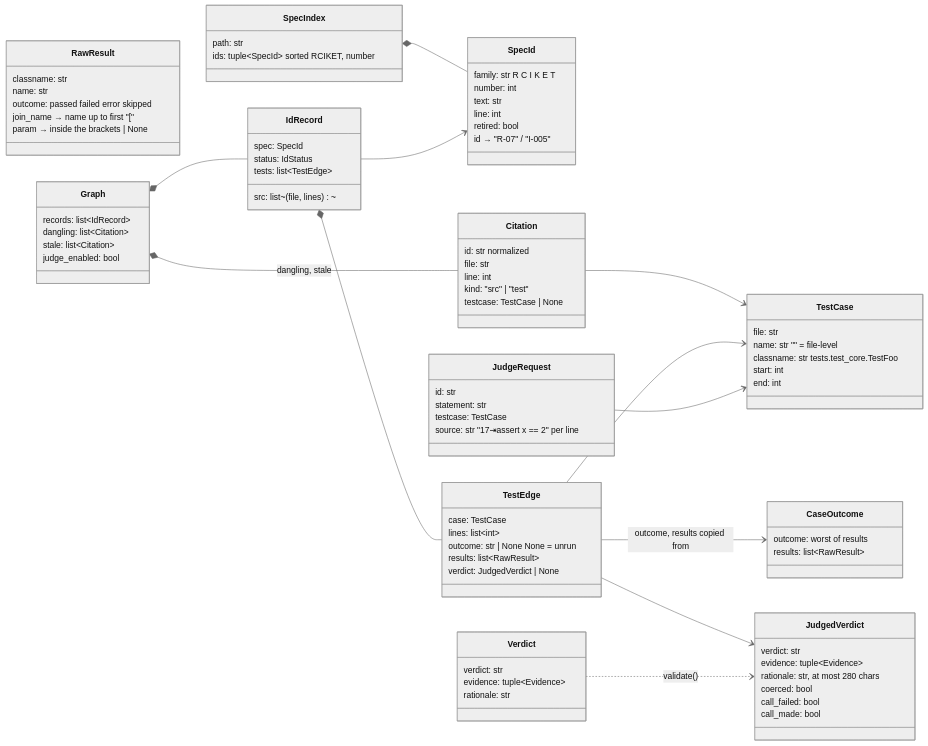
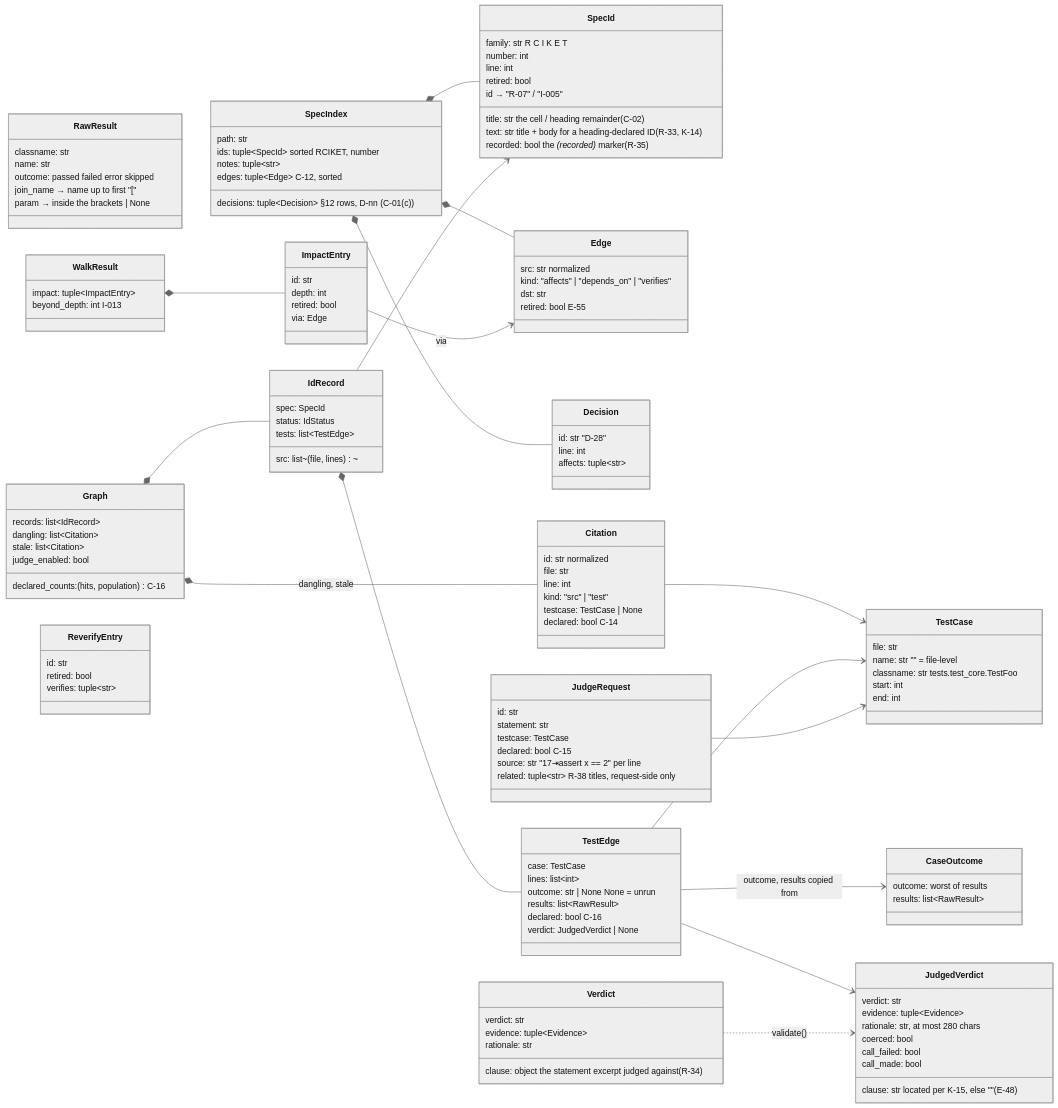
One commit to rioffe/speccheck changed the fifth of 12 diagrams in ARCHITECTURE.md. Above: the diagram before and after it, drawn with Mermaid (neutral theme). The commit also changed other lines of this file and 3 other files, not shown here.

First line of the commit message:
docs(architecture): rewrite ARCHITECTURE.md to the v1.18 build, and fix two defects the render showed (F-5)

````diff
--- a/ARCHITECTURE.md
+++ b/ARCHITECTURE.md
@@ -193,14 +250,30 @@
     class SpecId {
         family: str  R C I K E T
         number: int
-        text: str
+        title: str  the cell / heading remainder (C-02)
+        text: str  title + body for a heading-declared ID (R-33, K-14)
         line: int
         retired: bool
+        recorded: bool  the *(recorded)* marker (R-35)
         id  →  "R-07" / "I-005"
     }
     class SpecIndex {
         path: str
         ids: tuple~SpecId~  sorted RCIKET, number
+        notes: tuple~str~
+        decisions: tuple~Decision~  §12 rows, D-nn (C-01 (c))
+        edges: tuple~Edge~  C-12, sorted
+    }
+    class Edge {
+        src: str  normalized
+        kind: "affects" | "depends_on" | "verifies"
+        dst: str
+        retired: bool  E-55
+    }
+    class Decision {
+        id: str  "D-28"
+        line: int
+        affects: tuple~str~
     }
     class TestCase {
         file: str
@@ -215,6 +288,7 @@
         line: int
         kind: "src" | "test"
         testcase: TestCase | None
+        declared: bool  C-14
     }
     class RawResult {
         classname: str
@@ -232,6 +306,7 @@
         lines: list~int~
         outcome: str | None  None = unrun
         results: list~RawResult~
+        declared: bool  C-16
         verdict: JudgedVerdict | None
     }
     class IdRecord {
@@ -245,27 +320,49 @@
         dangling: list~Citation~
         stale: list~Citation~
         judge_enabled: bool
+        declared_counts: (hits, population)  C-16
     }
     class JudgeRequest {
         id: str
         statement: str
         testcase: TestCase
+        declared: bool  C-15
         source: str  "17⇥assert x == 2" per line
+        related: tuple~str~  R-38 titles, request-side only
     }
     class Verdict {
         verdict: str
+        clause: object  the statement excerpt judged against (R-34)
         evidence: tuple~Evidence~
         rationale: str
     }
     class JudgedVerdict {
         verdict: str
+        clause: str  located per K-15, else "" (E-48)
         evidence: tuple~Evidence~
         rationale: str, at most 280 chars
         coerced: bool
         call_failed: bool
         call_made: bool
     }
+    class WalkResult {
+        impact: tuple~ImpactEntry~
+        beyond_depth: int  I-013
+    }
+    class ImpactEntry {
+        id: str
+        depth: int
+        retired: bool
+        via: Edge
+    }
+    class ReverifyEntry {
+        id: str
+        retired: bool
+        verifies: tuple~str~
+    }
     SpecIndex *-- SpecId
+    SpecIndex *-- Decision
+    SpecIndex *-- Edge
     Citation --> TestCase
     IdRecord --> SpecId
     IdRecord *-- TestEdge
@@ -276,4 +373,6 @@
     Graph *-- Citation : dangling, stale
     JudgeRequest --> TestCase
     Verdict ..> JudgedVerdict : validate()
+    WalkResult *-- ImpactEntry
+    ImpactEntry --> Edge : via
 ```
````
